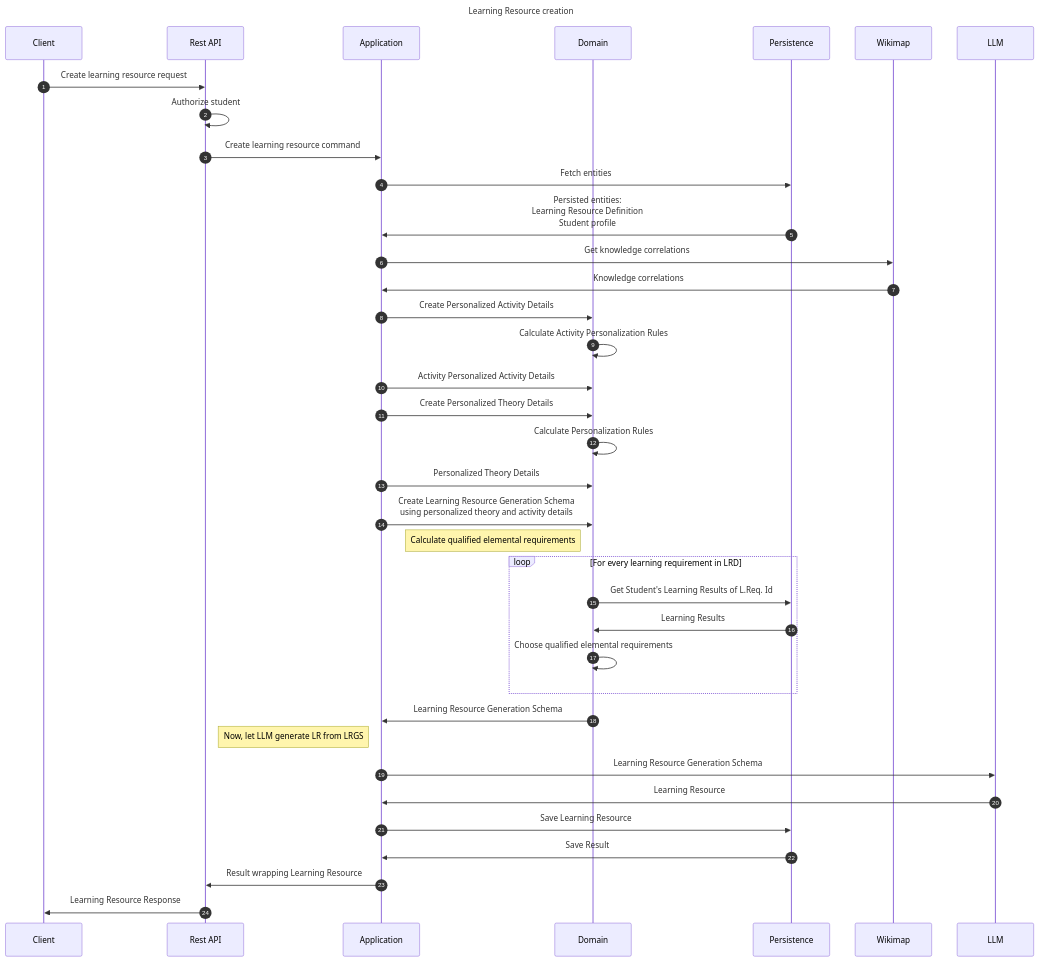
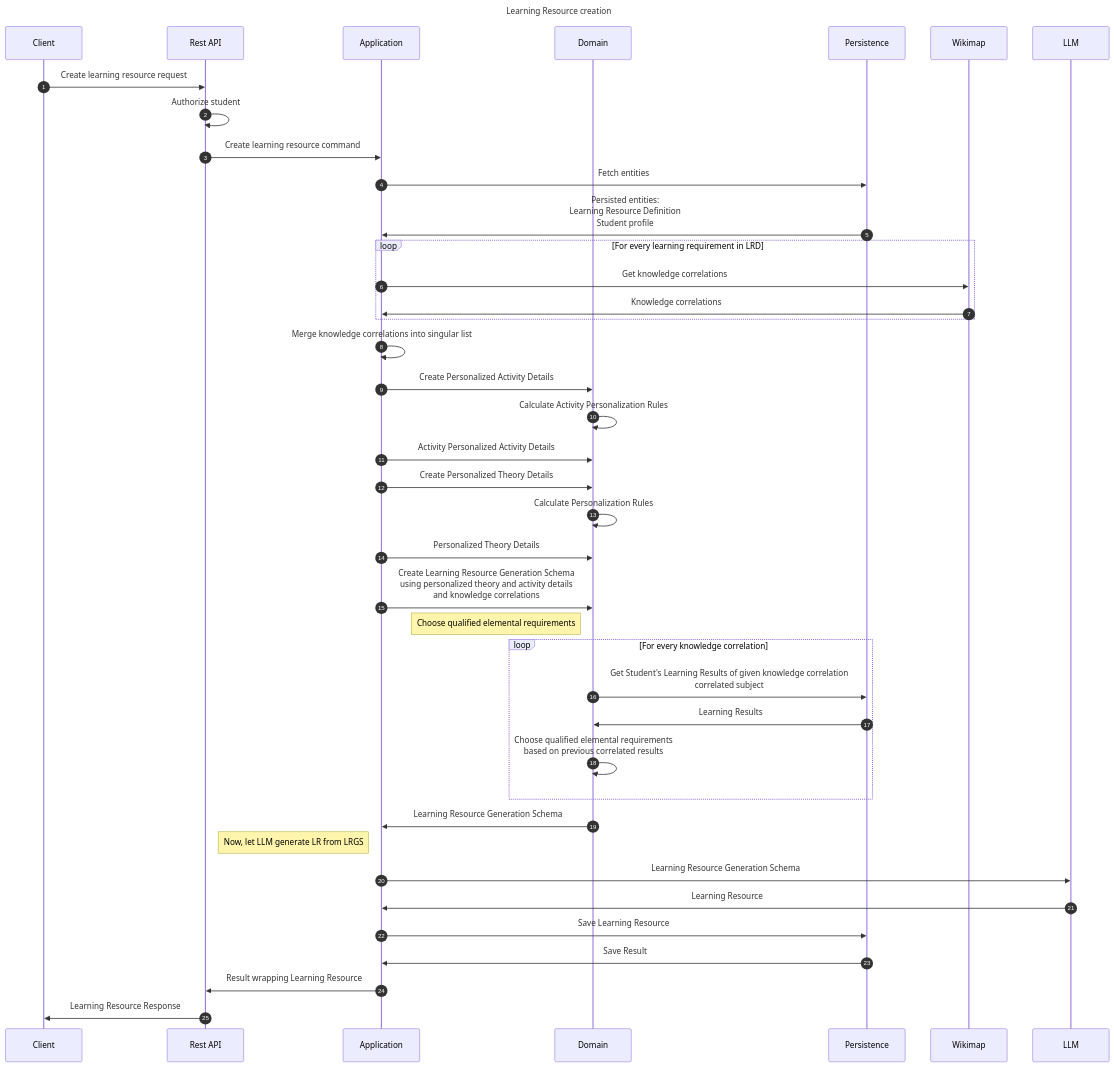
One commit to EdutieProject/edutie-backend changed the diagram in docs/edutie/flows/learning/learningresource/CreateLearningResource.md. Above: the diagram before and after it, drawn with Mermaid.

Commit message:
Change doc of CreateLearningResource.md part 2

````diff
--- a/docs/edutie/flows/learning/learningresource/CreateLearningResource.md
+++ b/docs/edutie/flows/learning/learningresource/CreateLearningResource.md
@@ -7,43 +7,46 @@
 ```mermaid
 ---
 title: Learning Resource creation
 ---
 sequenceDiagram
     participant Client
     participant Rest API
     participant Application
     participant Domain
     participant Persistence
     participant Wikimap
     participant LLM
     autonumber
     Client ->> Rest API: Create learning resource request
     Rest API ->> Rest API: Authorize student
     Rest API ->> Application: Create learning resource command
     Application ->> Persistence: Fetch entities
     Persistence ->> Application: Persisted entities:<br/>Learning Resource Definition<br/>Student profile
+    loop For every learning requirement in LRD
     Application ->> Wikimap: Get knowledge correlations
     Wikimap ->> Application: Knowledge correlations
+    end
+    Application ->> Application: Merge knowledge correlations into singular list
     Application ->> Domain: Create Personalized Activity Details
     Domain ->> Domain: Calculate Activity Personalization Rules
     Application ->> Domain: Activity Personalized Activity Details
     Application ->> Domain: Create Personalized Theory Details
     Domain ->> Domain: Calculate Personalization Rules
     Application ->> Domain: Personalized Theory Details
-    Application ->> Domain: Create Learning Resource Generation Schema<br/>using personalized theory and activity details
-    note left of Domain: Calculate qualified elemental requirements
-    loop For every learning requirement in LRD
-        Domain ->> Persistence: Get Student's Learning Results of L.Req. Id
+    Application ->> Domain: Create Learning Resource Generation Schema<br/>using personalized theory and activity details<br/>and knowledge correlations
+    note left of Domain: Choose qualified elemental requirements
+    loop For every knowledge correlation
+        Domain ->> Persistence: Get Student's Learning Results of given knowledge correlation<br/> correlated subject
         Persistence ->> Domain: Learning  Results
-        Domain ->> Domain: Choose qualified elemental requirements
+        Domain ->> Domain: Choose qualified elemental requirements<br/>based on previous correlated results
     end
     Domain ->> Application: Learning Resource Generation Schema
     note left of Application: Now, let LLM generate LR from LRGS
     Application ->> LLM: Learning Resource Generation Schema
     LLM ->> Application: Learning Resource
     Application ->> Persistence: Save Learning Resource
     Persistence ->> Application: Save Result
     Application ->> Rest API: Result wrapping Learning Resource
     Rest API ->> Client: Learning Resource Response
 
 ```
````
